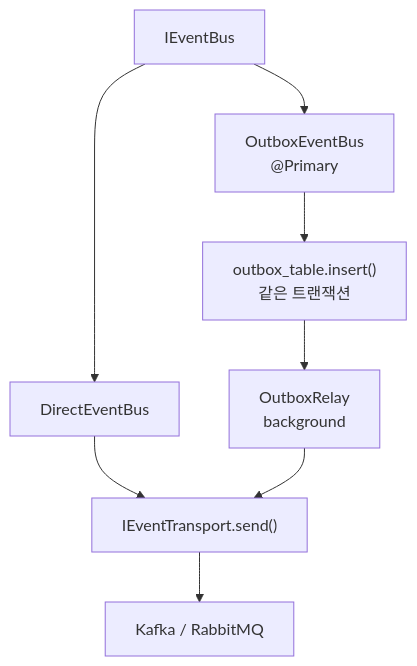
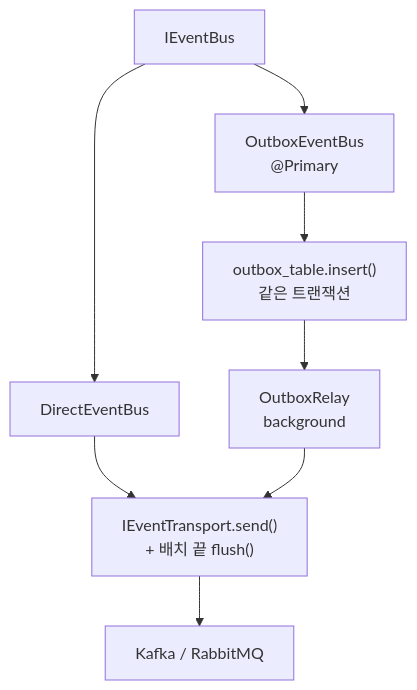
One commit to E5presso/spakky-framework changed the ninth of 12 diagrams in ARCHITECTURE.md. Above: the diagram before and after it, drawn with Mermaid. The commit also changed other lines of this file and 23 other files, not shown here.

````diff
--- a/ARCHITECTURE.md
+++ b/ARCHITECTURE.md
@@ -939,18 +939,18 @@
 ```mermaid
 flowchart TD
     event_bus["IEventBus"]
     direct["DirectEventBus"]
     outbox_bus["OutboxEventBus<br/>@Primary"]
     table["outbox_table.insert()<br/>같은 트랜잭션"]
     relay["OutboxRelay<br/>background"]
-    transport["IEventTransport.send()"]
+    transport["IEventTransport.send()<br/>+ 배치 끝 flush()"]
     broker["Kafka / RabbitMQ"]
 
     event_bus --> direct
     direct --> transport
     transport --> broker
     event_bus --> outbox_bus
     outbox_bus --> table
     table --> relay
     relay --> transport
 ```
````
